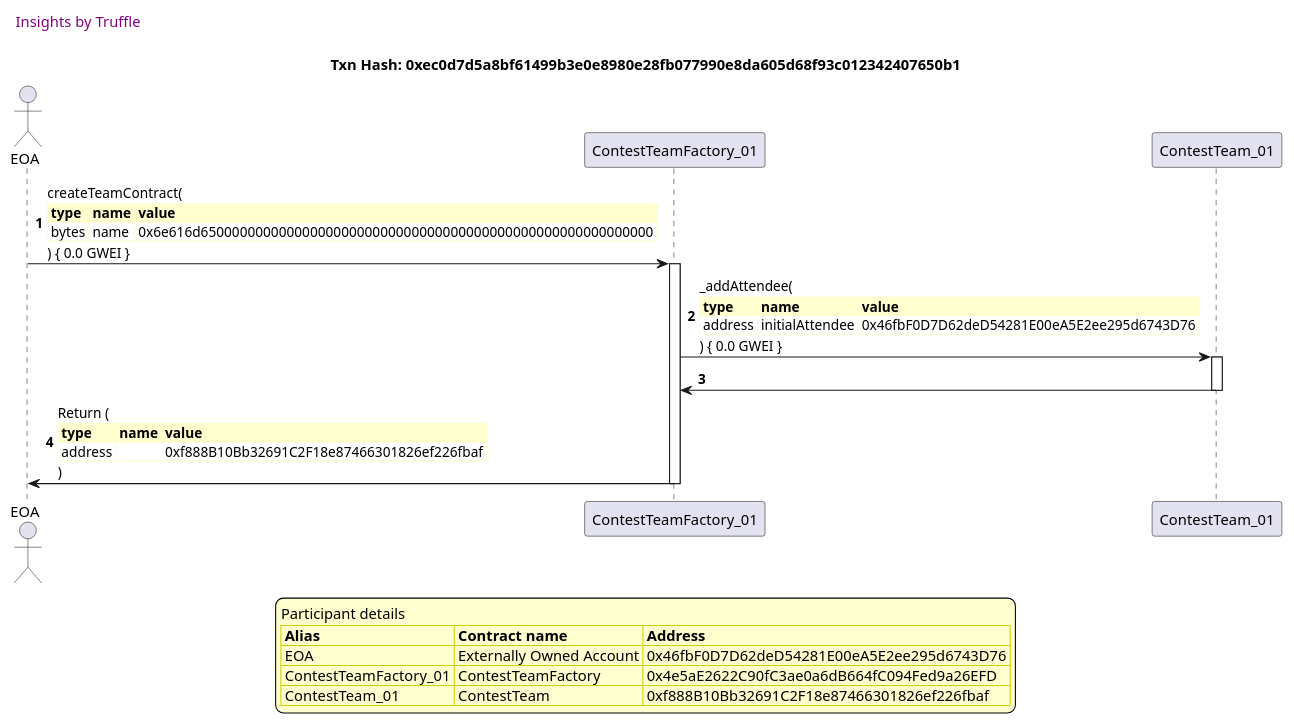
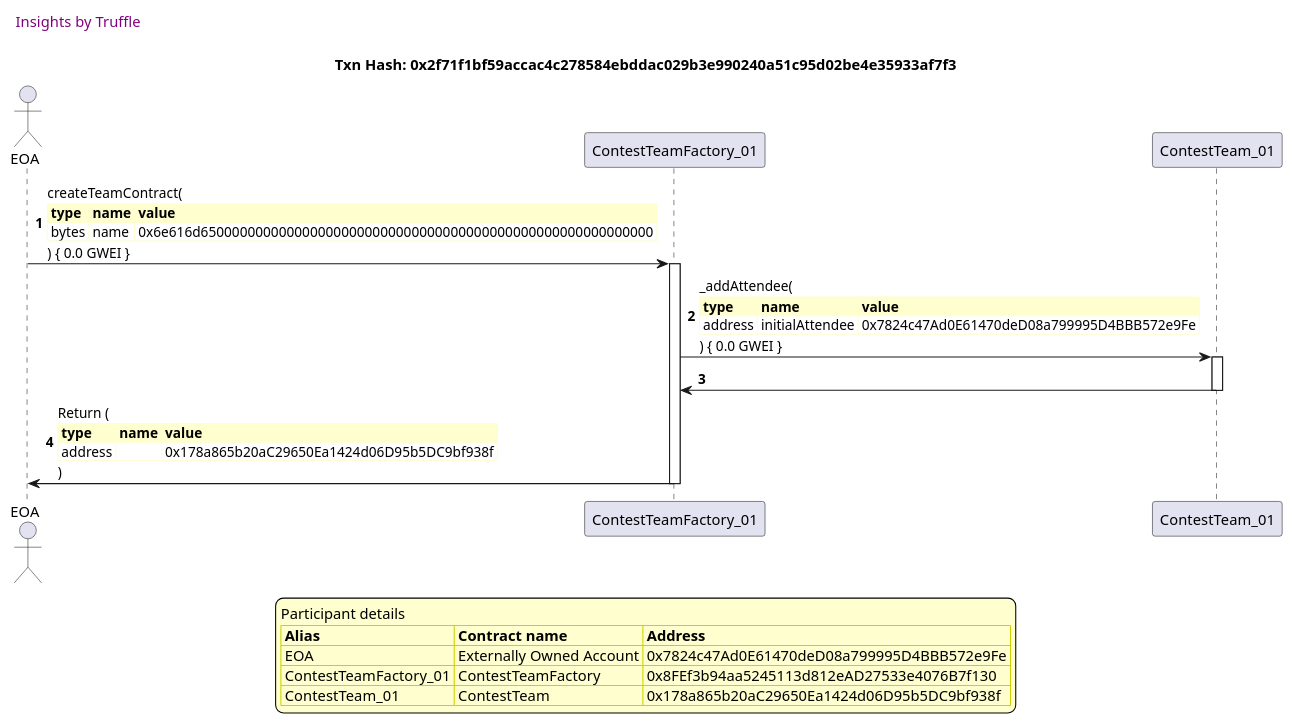
Before and after one commit to fodisi/hackapay: the second of 11 diagrams in truffle-seq/factory_contestteamfactory.md, drawn with PlantUML. The commit also changed other lines of this file and 10 other files, not shown here.

````diff
--- a/truffle-seq/factory_contestteamfactory.md
+++ b/truffle-seq/factory_contestteamfactory.md
@@ -56,50 +56,50 @@
 ```plantuml
 
 
 @startuml
 
 autonumber
 skinparam legendBackgroundColor #FEFECE
 
 <style>
       header {
         HorizontalAlignment left
         FontColor purple
         FontSize 14
         Padding 10
       }
     </style>
 
 header Insights by Truffle
 
-title Txn Hash: 0xec0d7d5a8bf61499b3e0e8980e28fb077990e8da605d68f93c012342407650b1
+title Txn Hash: 0x2f71f1bf59accac4c278584ebddac029b3e990240a51c95d02be4e35933af7f3
 
 
 actor EOA as "EOA"
 participant ContestTeamFactory_01 as "ContestTeamFactory_01"
 participant ContestTeam_01 as "ContestTeam_01"
 
 "EOA" -> "ContestTeamFactory_01" ++: createTeamContract(\n\
 <#FEFECE,#FEFECE>|= type |= name |= value |\n\
 | bytes | name | 0x6e616d6500000000000000000000000000000000000000000000000000000000 |\n\
 ) { 0.0 GWEI }
 "ContestTeamFactory_01" -> "ContestTeam_01" ++: _addAttendee(\n\
 <#FEFECE,#FEFECE>|= type |= name |= value |\n\
-| address | initialAttendee | 0x46fbF0D7D62deD54281E00eA5E2ee295d6743D76 |\n\
+| address | initialAttendee | 0x7824c47Ad0E61470deD08a799995D4BBB572e9Fe |\n\
 ) { 0.0 GWEI }
 "ContestTeam_01" -> "ContestTeamFactory_01" --: 
 "ContestTeamFactory_01" -> "EOA" --: Return (\n\
 <#FEFECE,#FEFECE>|= type |= name |= value |\n\
-| address |  | 0xf888B10Bb32691C2F18e87466301826ef226fbaf |\n\
+| address |  | 0x178a865b20aC29650Ea1424d06D95b5DC9bf938f |\n\
 )
 
 legend
 Participant details
 <#FEFECE,#D0D000>|= Alias |= Contract name |= Address |
-<#FEFECE>| EOA | Externally Owned Account | 0x46fbF0D7D62deD54281E00eA5E2ee295d6743D76 |
-<#FEFECE>| ContestTeamFactory_01 | ContestTeamFactory | 0x4e5aE2622C90fC3ae0a6dB664fC094Fed9a26EFD |
-<#FEFECE>| ContestTeam_01 | ContestTeam | 0xf888B10Bb32691C2F18e87466301826ef226fbaf |
+<#FEFECE>| EOA | Externally Owned Account | 0x7824c47Ad0E61470deD08a799995D4BBB572e9Fe |
+<#FEFECE>| ContestTeamFactory_01 | ContestTeamFactory | 0x8FEf3b94aa5245113d812eAD27533e4076B7f130 |
+<#FEFECE>| ContestTeam_01 | ContestTeam | 0x178a865b20aC29650Ea1424d06D95b5DC9bf938f |
 endlegend
 
 @enduml
 ```
````
